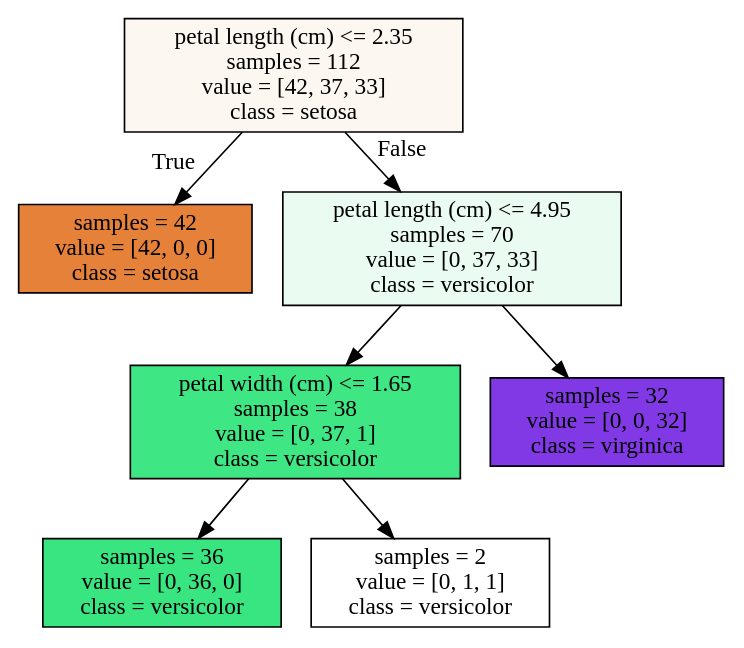
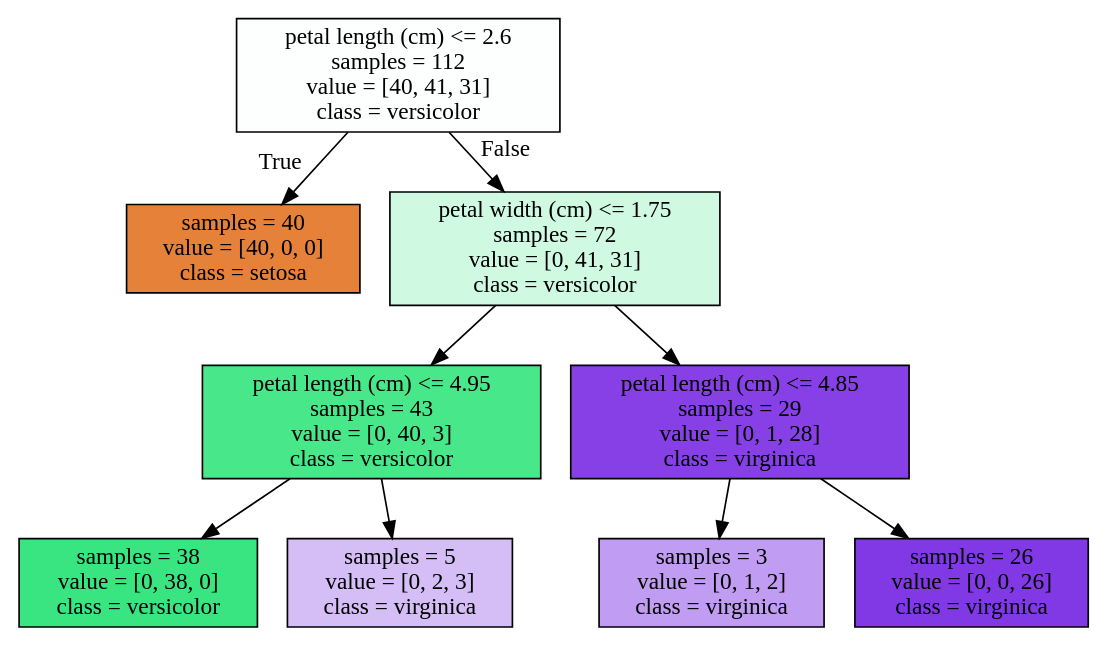
One commit to Nitolapio/Machine-Learning changed the diagram in Aprendizaje Supervisado/arbol.dot. Above: the diagram before and after it, drawn with Graphviz. The commit also changed 23 other files, not shown here.

```diff
--- a/Aprendizaje Supervisado/arbol.dot
+++ b/Aprendizaje Supervisado/arbol.dot
@@ -1,16 +1,20 @@
 digraph Tree {
 node [shape=box, style="filled", color="black"] ;
-0 [label="petal length (cm) <= 2.35\nsamples = 112\nvalue = [42, 37, 33]\nclass = setosa", fillcolor="#fdf7f2"] ;
-1 [label="samples = 42\nvalue = [42, 0, 0]\nclass = setosa", fillcolor="#e58139"] ;
+0 [label="petal length (cm) <= 2.6\nsamples = 112\nvalue = [40, 41, 31]\nclass = versicolor", fillcolor="#fcfffd"] ;
+1 [label="samples = 40\nvalue = [40, 0, 0]\nclass = setosa", fillcolor="#e58139"] ;
 0 -> 1 [labeldistance=2.5, labelangle=45, headlabel="True"] ;
-2 [label="petal length (cm) <= 4.95\nsamples = 70\nvalue = [0, 37, 33]\nclass = versicolor", fillcolor="#eafcf1"] ;
+2 [label="petal width (cm) <= 1.75\nsamples = 72\nvalue = [0, 41, 31]\nclass = versicolor", fillcolor="#cff9e0"] ;
 0 -> 2 [labeldistance=2.5, labelangle=-45, headlabel="False"] ;
-3 [label="petal width (cm) <= 1.65\nsamples = 38\nvalue = [0, 37, 1]\nclass = versicolor", fillcolor="#3ee684"] ;
+3 [label="petal length (cm) <= 4.95\nsamples = 43\nvalue = [0, 40, 3]\nclass = versicolor", fillcolor="#48e78a"] ;
 2 -> 3 ;
-4 [label="samples = 36\nvalue = [0, 36, 0]\nclass = versicolor", fillcolor="#39e581"] ;
+4 [label="samples = 38\nvalue = [0, 38, 0]\nclass = versicolor", fillcolor="#39e581"] ;
 3 -> 4 ;
-5 [label="samples = 2\nvalue = [0, 1, 1]\nclass = versicolor", fillcolor="#ffffff"] ;
+5 [label="samples = 5\nvalue = [0, 2, 3]\nclass = virginica", fillcolor="#d5bdf6"] ;
 3 -> 5 ;
-6 [label="samples = 32\nvalue = [0, 0, 32]\nclass = virginica", fillcolor="#8139e5"] ;
+6 [label="petal length (cm) <= 4.85\nsamples = 29\nvalue = [0, 1, 28]\nclass = virginica", fillcolor="#8640e6"] ;
 2 -> 6 ;
+7 [label="samples = 3\nvalue = [0, 1, 2]\nclass = virginica", fillcolor="#c09cf2"] ;
+6 -> 7 ;
+8 [label="samples = 26\nvalue = [0, 0, 26]\nclass = virginica", fillcolor="#8139e5"] ;
+6 -> 8 ;
 }
```
